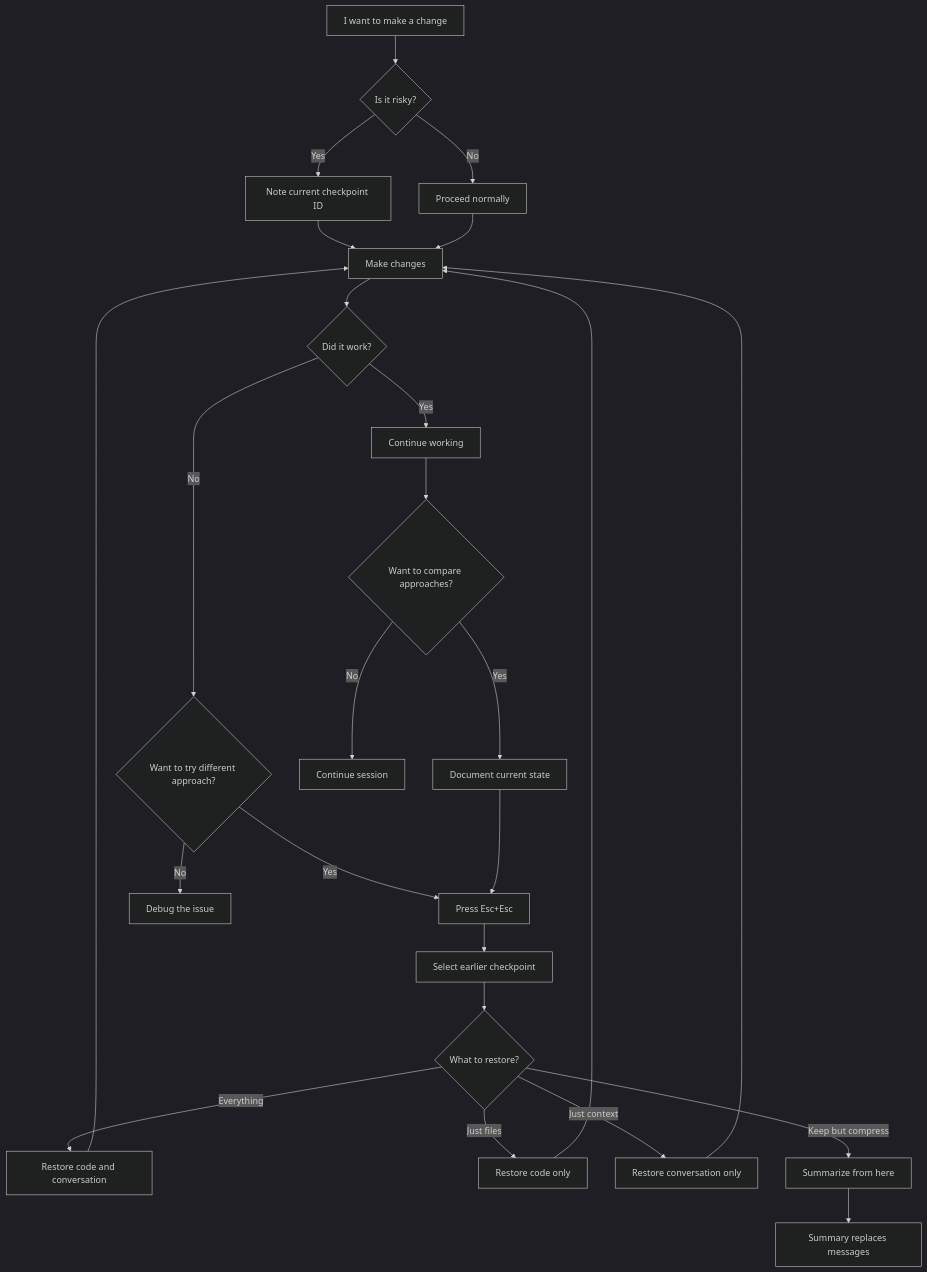
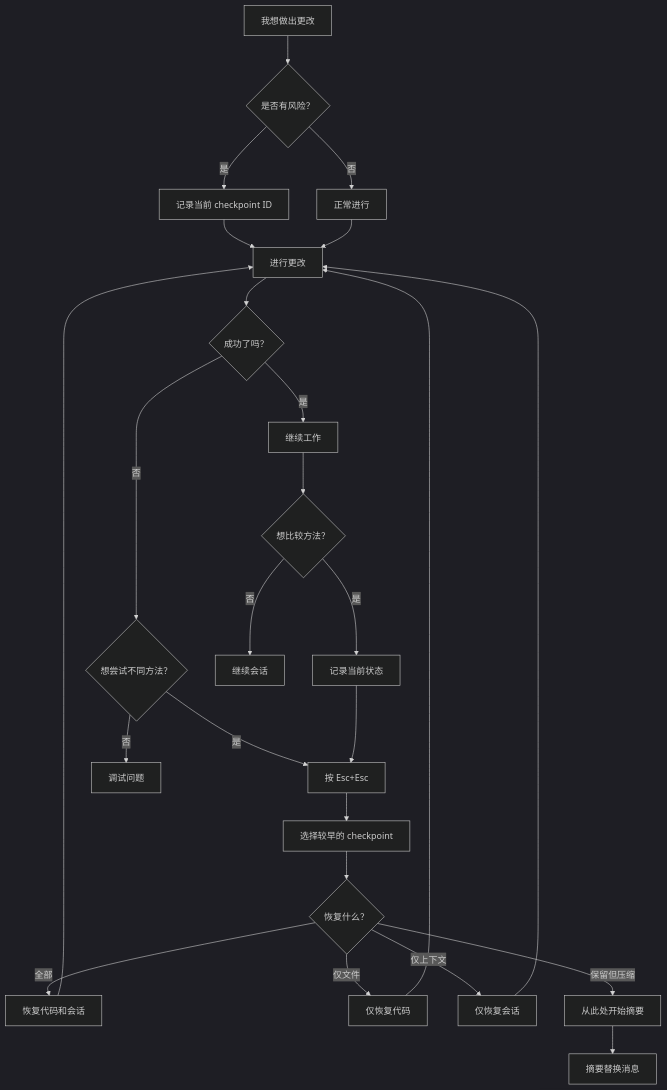
One commit to hellojoju/claude-code-lesson changed the first of 7 diagrams in 08-checkpoints/README.md. Above: the diagram before and after it, drawn with Mermaid (dark theme). The commit also changed other lines of this file and 9 other files, not shown here.

````diff
--- a/08-checkpoints/README.md
+++ b/08-checkpoints/README.md
@@ -111,34 +111,34 @@
 ```mermaid
 flowchart TD
-    A[I want to make a change] --> B{Is it risky?}
-    B -->|Yes| C[Note current checkpoint ID]
-    B -->|No| D[Proceed normally]
+    A[我想做出更改] --> B{是否有风险？}
+    B -->|是| C[记录当前 checkpoint ID]
+    B -->|否| D[正常进行]
     
-    C --> E[Make changes]
+    C --> E[进行更改]
     D --> E
     
-    E --> F{Did it work?}
-    F -->|Yes| G[Continue working]
-    F -->|No| H{Want to try different approach?}
+    E --> F{成功了吗？}
+    F -->|是| G[继续工作]
+    F -->|否| H{想尝试不同方法？}
     
-    H -->|Yes| I[Press Esc+Esc]
-    H -->|No| J[Debug the issue]
+    H -->|是| I[按 Esc+Esc]
+    H -->|否| J[调试问题]
     
-    I --> K[Select earlier checkpoint]
-    K --> L{What to restore?}
+    I --> K[选择较早的 checkpoint]
+    K --> L{恢复什么？}
     
-    L -->|Everything| M[Restore code and conversation]
-    L -->|Just files| N[Restore code only]
-    L -->|Just context| O[Restore conversation only]
-    L -->|Keep but compress| P[Summarize from here]
+    L -->|全部| M[恢复代码和会话]
+    L -->|仅文件| N[仅恢复代码]
+    L -->|仅上下文| O[仅恢复会话]
+    L -->|保留但压缩| P[从此处开始摘要]
     
     M --> E
     N --> E
     O --> E
-    P --> Q[Summary replaces messages]
+    P --> Q[摘要替换消息]
     
-    G --> R{Want to compare approaches?}
-    R -->|Yes| S[Document current state]
+    G --> R{想比较方法？}
+    R -->|是| S[记录当前状态]
     S --> I
-    R -->|No| T[Continue session]
+    R -->|否| T[继续会话]
 ```
````
